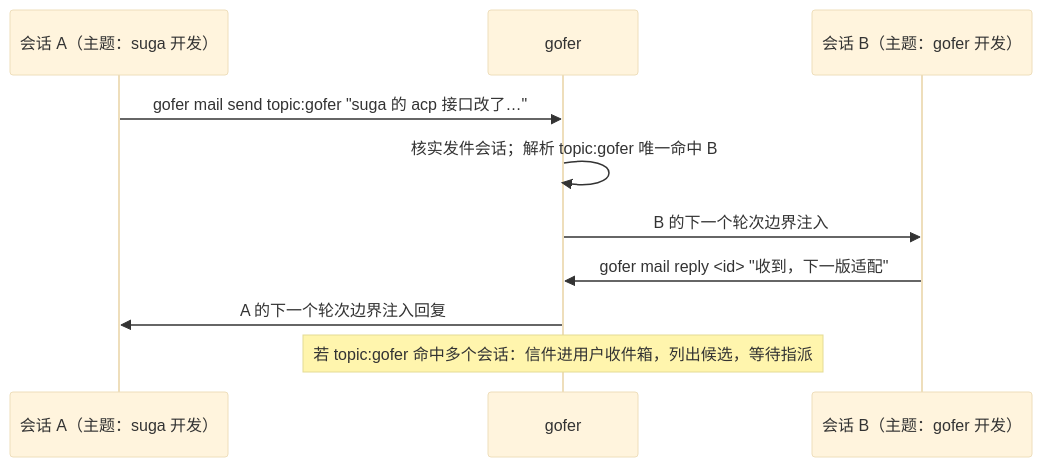
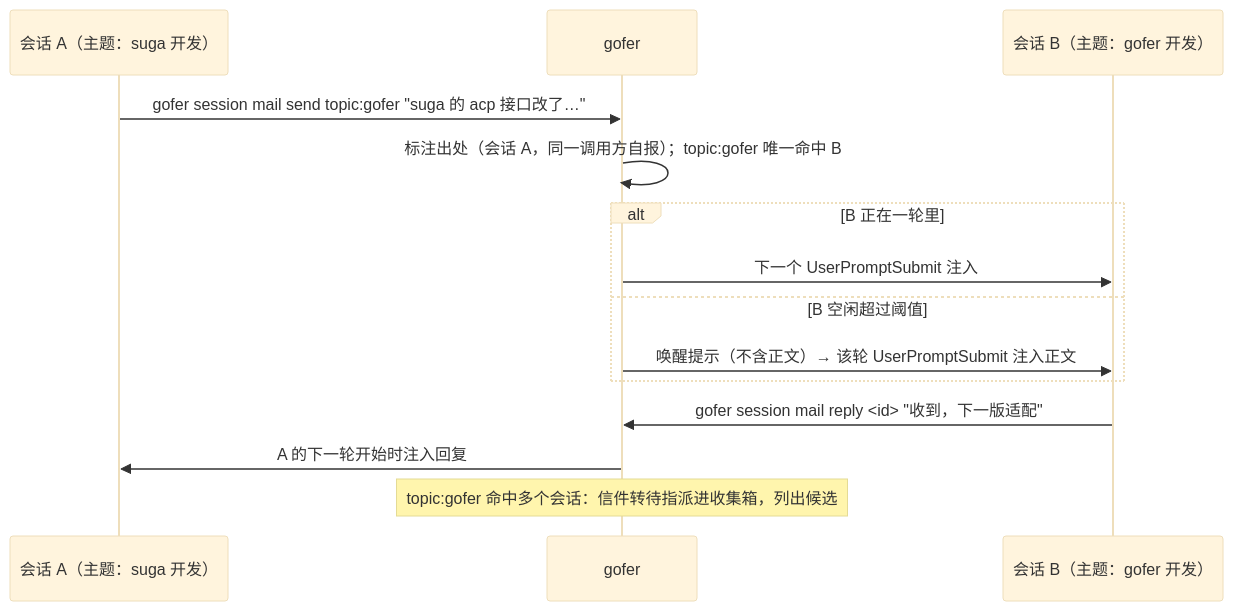
One commit to inhere/gofer changed the third of 3 diagrams in docs/design/2026-10-16-session-topics-mailbox-and-inbox-design.md. Above: the diagram before and after it, drawn with Mermaid (base theme). The commit also changed other lines of this file, not shown here.

Commit message:
docs(design): session topics and mailbox Draft 0.2 after the first review

````diff
--- a/docs/design/2026-10-16-session-topics-mailbox-and-inbox-design.md
+++ b/docs/design/2026-10-16-session-topics-mailbox-and-inbox-design.md
@@ -223,12 +274,16 @@
 ```mermaid
 sequenceDiagram
   participant A as 会话 A（主题：suga 开发）
   participant G as gofer
   participant B as 会话 B（主题：gofer 开发）
-  A->>G: gofer mail send topic:gofer "suga 的 acp 接口改了…"
-  G->>G: 核实发件会话；解析 topic:gofer 唯一命中 B
-  G->>B: B 的下一个轮次边界注入
-  B->>G: gofer mail reply <id> "收到，下一版适配"
-  G->>A: A 的下一个轮次边界注入回复
-  Note over G: 若 topic:gofer 命中多个会话：信件进用户收件箱，列出候选，等待指派
+  A->>G: gofer session mail send topic:gofer "suga 的 acp 接口改了…"
+  G->>G: 标注出处（会话 A，同一调用方自报）；topic:gofer 唯一命中 B
+  alt B 正在一轮里
+    G->>B: 下一个 UserPromptSubmit 注入
+  else B 空闲超过阈值
+    G->>B: 唤醒提示（不含正文）→ 该轮 UserPromptSubmit 注入正文
+  end
+  B->>G: gofer session mail reply <id> "收到，下一版适配"
+  G->>A: A 的下一轮开始时注入回复
+  Note over G: topic:gofer 命中多个会话：信件转待指派进收集箱，列出候选
 ```
````
